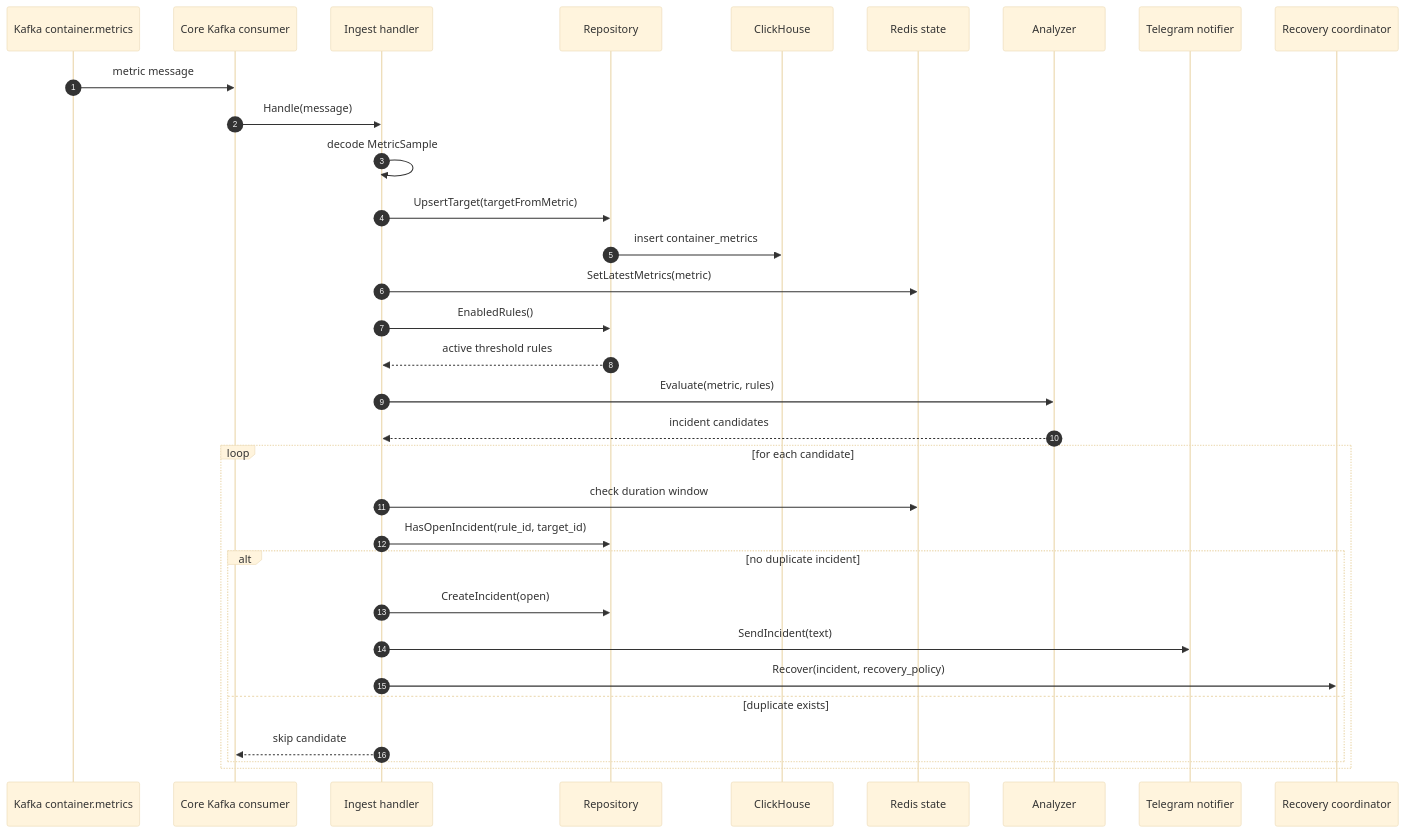
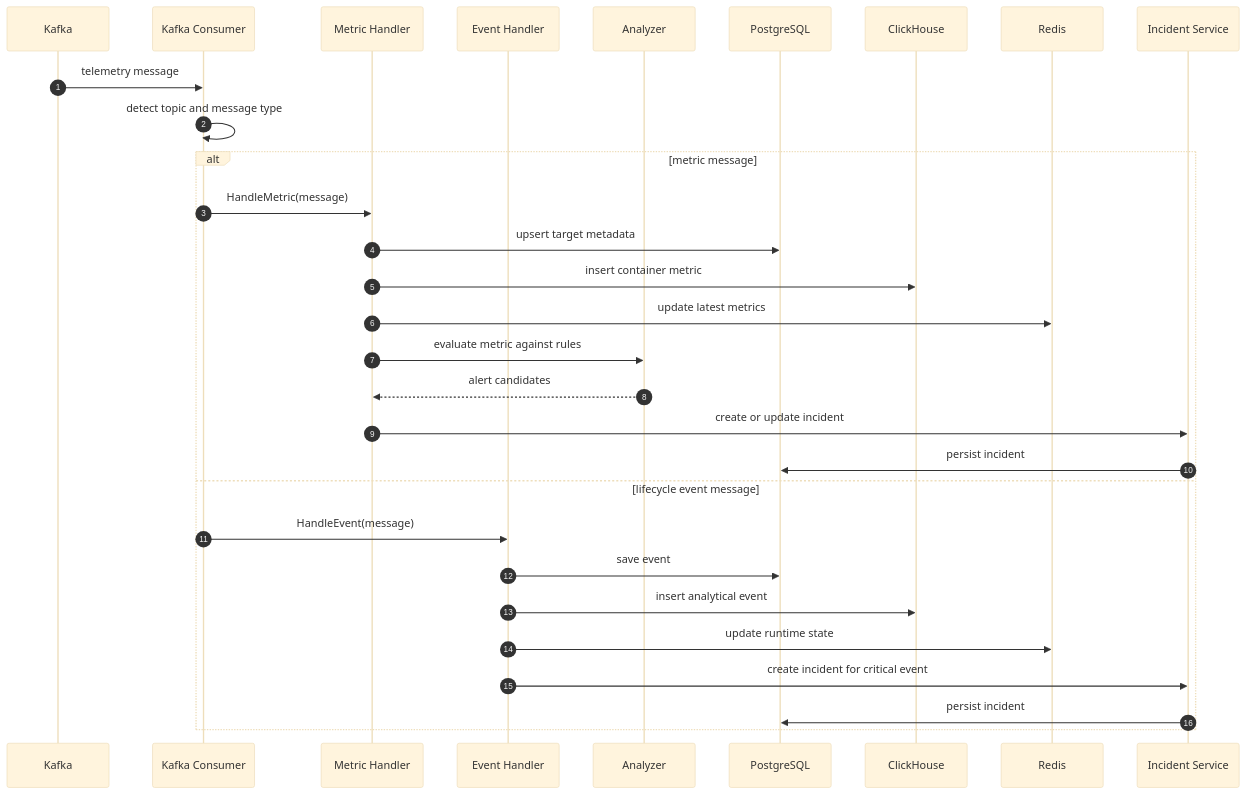
The ninth of 24 diagrams in docs/uml-diagrams.md (MTXIK/container-monitoring), drawn with Mermaid (base theme) before and after one commit. The commit also changed other lines of this file, not shown here.

Commit message:
add diagrams

````diff
--- a/docs/uml-diagrams.md
+++ b/docs/uml-diagrams.md
@@ -457,35 +246,33 @@
 ```mermaid
 sequenceDiagram
     autonumber
-    participant Kafka as Kafka container.metrics
-    participant Consumer as Core Kafka consumer
-    participant Handler as Ingest handler
-    participant Repo as Repository
+    participant Kafka as Kafka
+    participant Consumer as Kafka Consumer
+    participant MetricHandler as Metric Handler
+    participant EventHandler as Event Handler
+    participant Analyzer as Analyzer
+    participant Postgres as PostgreSQL
     participant ClickHouse as ClickHouse
-    participant Redis as Redis state
-    participant Analyzer as Analyzer
-    participant Telegram as Telegram notifier
-    participant Recovery as Recovery coordinator
+    participant Redis as Redis
+    participant Incidents as Incident Service
 
-    Kafka->>Consumer: metric message
-    Consumer->>Handler: Handle(message)
-    Handler->>Handler: decode MetricSample
-    Handler->>Repo: UpsertTarget(targetFromMetric)
-    Repo->>ClickHouse: insert container_metrics
-    Handler->>Redis: SetLatestMetrics(metric)
-    Handler->>Repo: EnabledRules()
-    Repo-->>Handler: active threshold rules
-    Handler->>Analyzer: Evaluate(metric, rules)
-    Analyzer-->>Handler: incident candidates
-    loop for each candidate
-        Handler->>Redis: check duration window
-        Handler->>Repo: HasOpenIncident(rule_id, target_id)
-        alt no duplicate incident
-            Handler->>Repo: CreateIncident(open)
-            Handler->>Telegram: SendIncident(text)
-            Handler->>Recovery: Recover(incident, recovery_policy)
-        else duplicate exists
-            Handler-->>Consumer: skip candidate
-        end
+    Kafka->>Consumer: telemetry message
+    Consumer->>Consumer: detect topic and message type
+    alt metric message
+        Consumer->>MetricHandler: HandleMetric(message)
+        MetricHandler->>Postgres: upsert target metadata
+        MetricHandler->>ClickHouse: insert container metric
+        MetricHandler->>Redis: update latest metrics
+        MetricHandler->>Analyzer: evaluate metric against rules
+        Analyzer-->>MetricHandler: alert candidates
+        MetricHandler->>Incidents: create or update incident
+        Incidents->>Postgres: persist incident
+    else lifecycle event message
+        Consumer->>EventHandler: HandleEvent(message)
+        EventHandler->>Postgres: save event
+        EventHandler->>ClickHouse: insert analytical event
+        EventHandler->>Redis: update runtime state
+        EventHandler->>Incidents: create incident for critical event
+        Incidents->>Postgres: persist incident
     end
 ```
````
